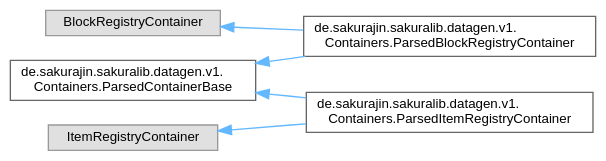
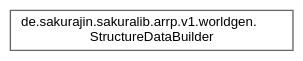
Before and after one commit to noah1510/sakura-lib: the diagram in inherit_graph_5.dot, drawn with Graphviz. The commit also changed 146 other files, not shown here.

```diff
--- a/inherit_graph_5.dot
+++ b/inherit_graph_5.dot
@@ -1,17 +1,9 @@
 digraph "Graphical Class Hierarchy"
 {
  // LATEX_PDF_SIZE
   bgcolor="transparent";
   edge [fontname=Helvetica,fontsize=10,labelfontname=Helvetica,labelfontsize=10];
   node [fontname=Helvetica,fontsize=10,shape=box,height=0.2,width=0.4];
   rankdir="LR";
-  Node0 [label="de.sakurajin.sakuralib.datagen.v1.\lContainers.ParsedContainerBase",height=0.2,width=0.4,color="grey40", fillcolor="white", style="filled",URL="$classde_1_1sakurajin_1_1sakuralib_1_1datagen_1_1v1_1_1Containers_1_1ParsedContainerBase.html",tooltip="The base class to automatically parse all items and blocks in a class."];
-  Node0 -> Node1 [dir="back",color="steelblue1",style="solid"];
-  Node1 [label="de.sakurajin.sakuralib.datagen.v1.\lContainers.ParsedBlockRegistryContainer",height=0.2,width=0.4,color="grey40", fillcolor="white", style="filled",URL="$classde_1_1sakurajin_1_1sakuralib_1_1datagen_1_1v1_1_1Containers_1_1ParsedBlockRegistryContainer.html",tooltip="A ParsedBlockRegistryContainer is a Block Registry Container that works with the DatagenAPI."];
-  Node0 -> Node3 [dir="back",color="steelblue1",style="solid"];
-  Node3 [label="de.sakurajin.sakuralib.datagen.v1.\lContainers.ParsedItemRegistryContainer",height=0.2,width=0.4,color="grey40", fillcolor="white", style="filled",URL="$classde_1_1sakurajin_1_1sakuralib_1_1datagen_1_1v1_1_1Containers_1_1ParsedItemRegistryContainer.html",tooltip="A ParsedItemRegistryContainer is a Item Registry Container that works with the DatagenAPI."];
-  Node2 [label="BlockRegistryContainer",height=0.2,width=0.4,color="grey60", fillcolor="#E0E0E0", style="filled",tooltip=" "];
-  Node2 -> Node1 [dir="back",color="steelblue1",style="solid"];
-  Node4 [label="ItemRegistryContainer",height=0.2,width=0.4,color="grey60", fillcolor="#E0E0E0", style="filled",tooltip=" "];
-  Node4 -> Node3 [dir="back",color="steelblue1",style="solid"];
+  Node0 [label="de.sakurajin.sakuralib.arrp.v1.worldgen.\lStructureDataBuilder",height=0.2,width=0.4,color="grey40", fillcolor="white", style="filled",URL="$classde_1_1sakurajin_1_1sakuralib_1_1arrp_1_1v1_1_1worldgen_1_1StructureDataBuilder.html",tooltip=" "];
 }
```
